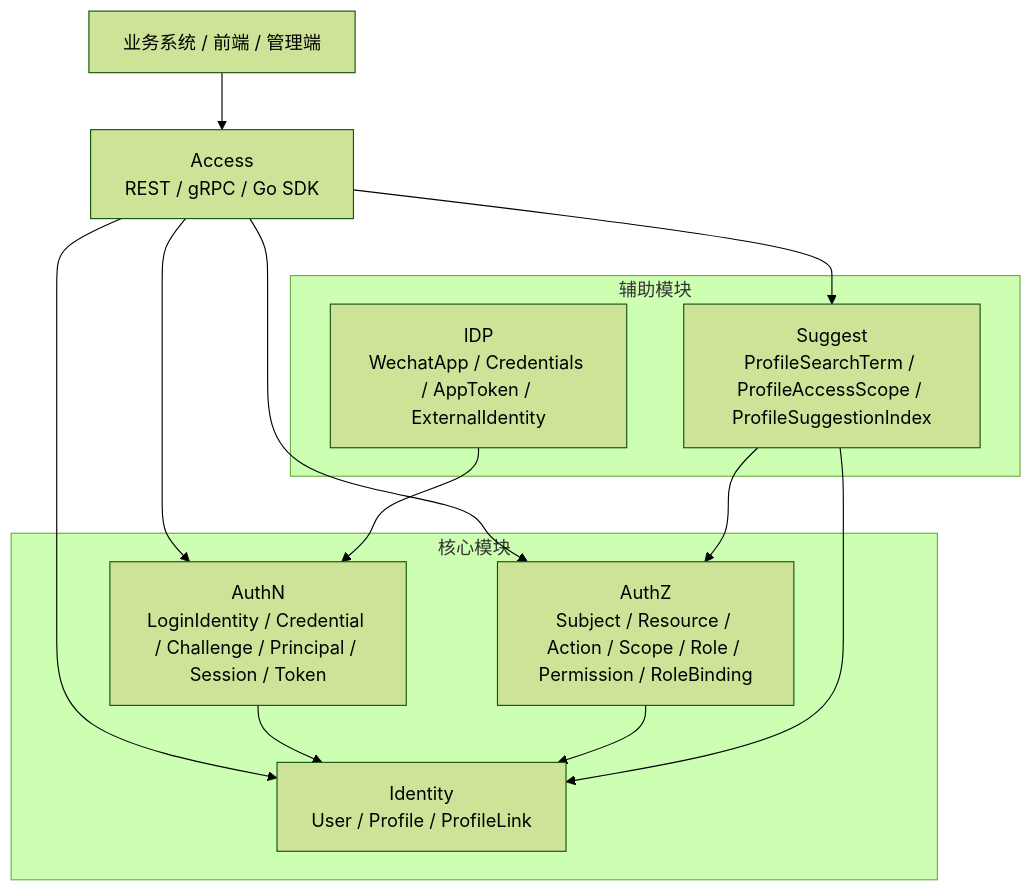
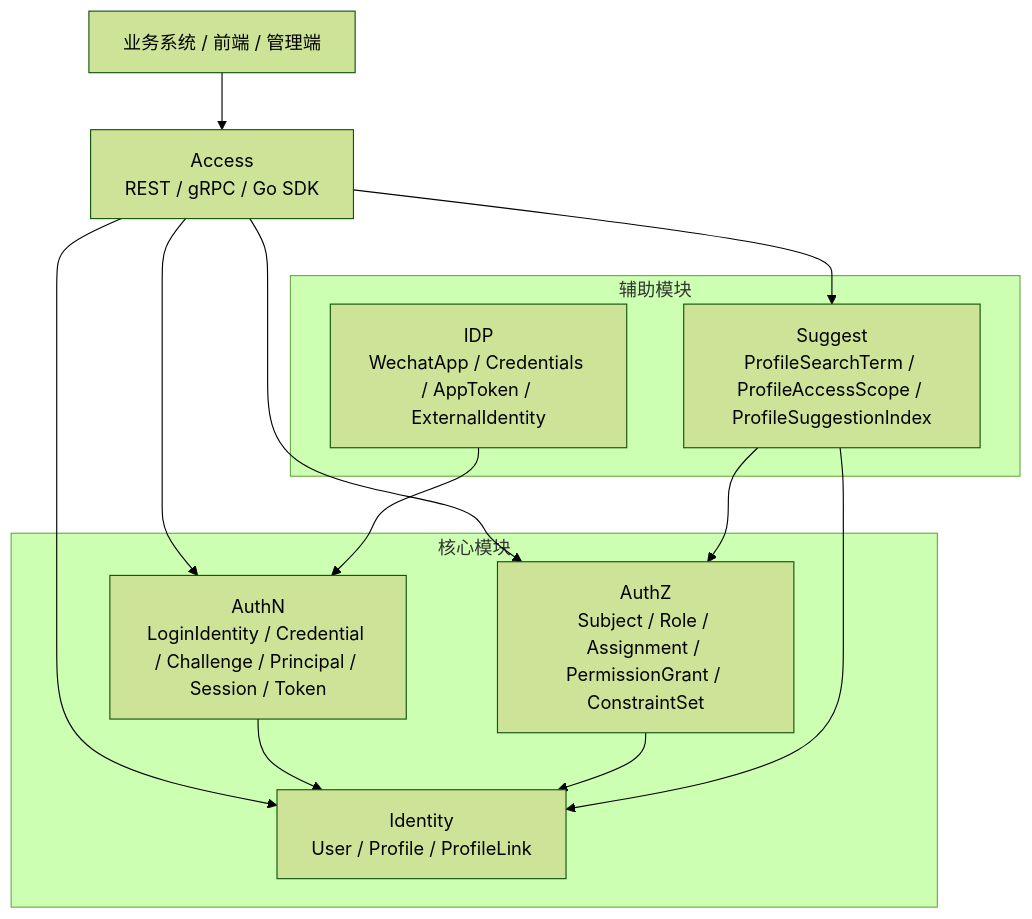
Before and after one commit to FangcunMount/iam: the first of 4 diagrams in docs/00-概览/02-模块划分与协作关系.md, drawn with Mermaid (forest theme). The commit also changed other lines of this file and 32 other files, not shown here.

````diff
--- a/docs/00-概览/02-模块划分与协作关系.md
+++ b/docs/00-概览/02-模块划分与协作关系.md
@@ -58,29 +58,29 @@
 ```mermaid
 flowchart TD
     Client["业务系统 / 前端 / 管理端"]
     Access["Access\nREST / gRPC / Go SDK"]
 
     subgraph Core["核心模块"]
         Identity["Identity\nUser / Profile / ProfileLink"]
         AuthN["AuthN\nLoginIdentity / Credential / Challenge / Principal / Session / Token"]
-        AuthZ["AuthZ\nSubject / Resource / Action / Scope / Role / Permission / RoleBinding"]
+        AuthZ["AuthZ\nSubject / Role / Assignment / PermissionGrant / ConstraintSet"]
     end
 
     subgraph Support["辅助模块"]
         IDP["IDP\nWechatApp / Credentials / AppToken / ExternalIdentity"]
         Suggest["Suggest\nProfileSearchTerm / ProfileAccessScope / ProfileSuggestionIndex"]
     end
 
     Client --> Access
 
     Access --> Identity
     Access --> AuthN
     Access --> AuthZ
     Access --> Suggest
 
     IDP --> AuthN
     AuthN --> Identity
     AuthZ --> Identity
     Suggest --> Identity
     Suggest --> AuthZ
 ```
````
